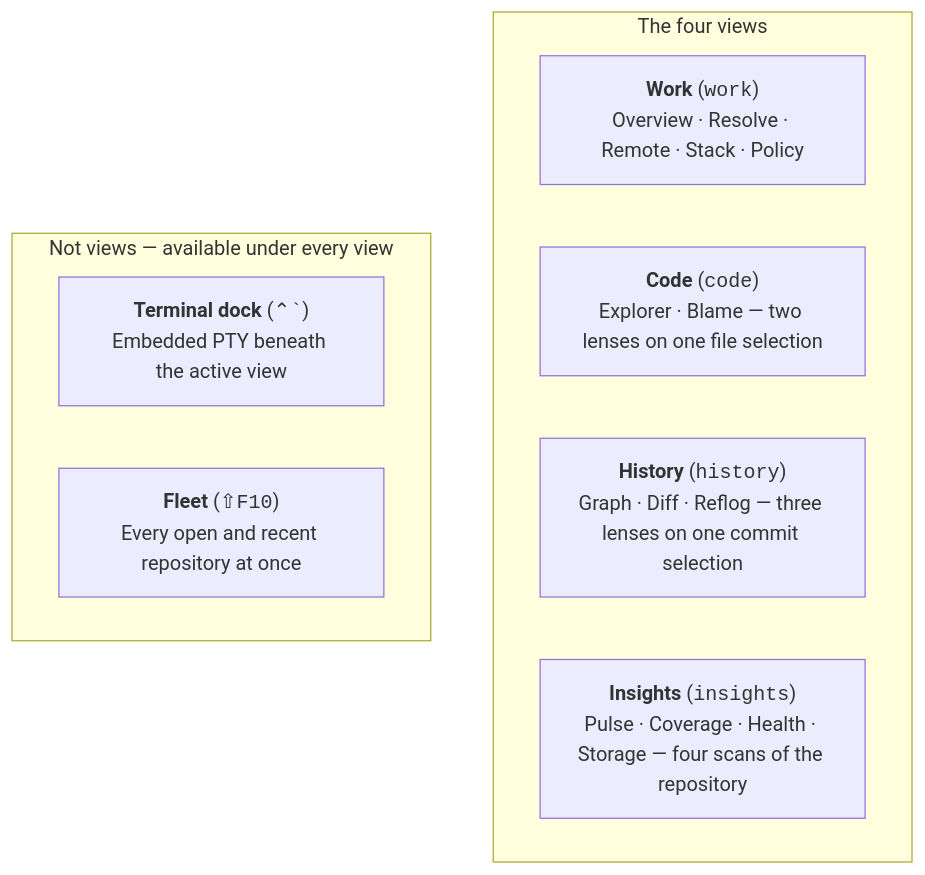
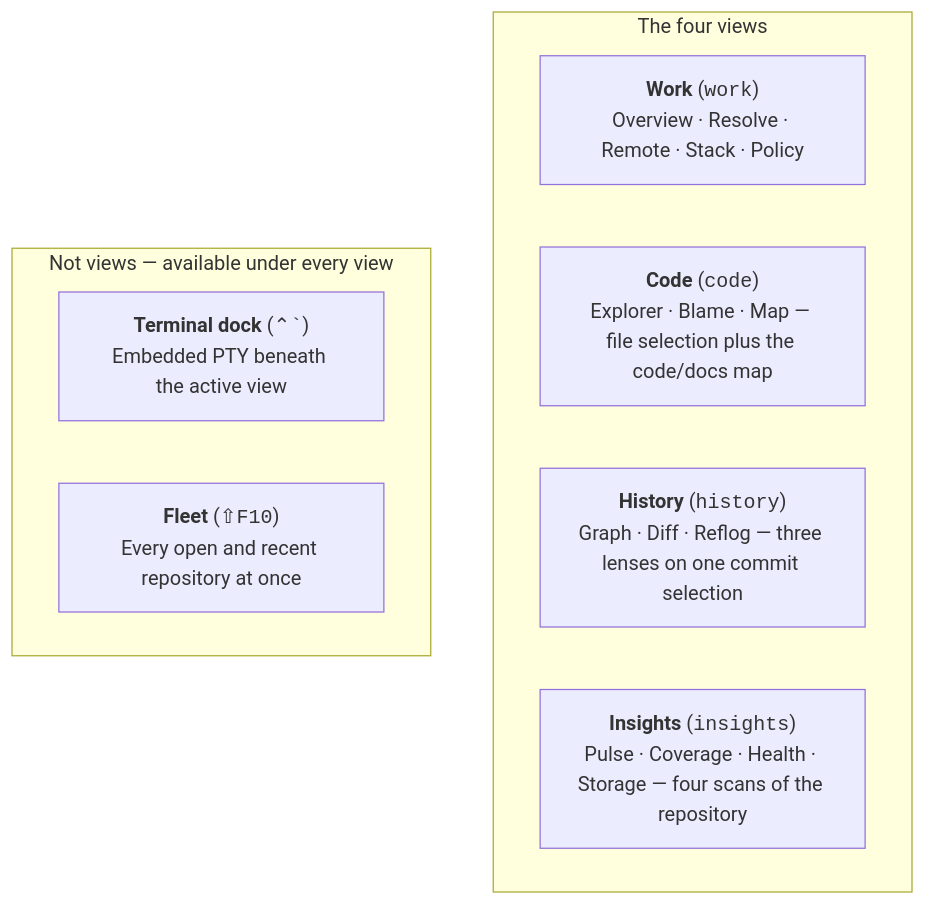
One commit to bharathvbcr/GitPulse changed the first of 2 diagrams in docs/FEATURES.md. Above: the diagram before and after it, drawn with Mermaid. The commit also changed other lines of this file and 388 other files, not shown here.

````diff
--- a/docs/FEATURES.md
+++ b/docs/FEATURES.md
@@ -7,14 +7,14 @@
 ```mermaid
 flowchart TD
     subgraph ViewGroup["The four views"]
         Work["<b>Work</b> (<code>work</code>)<br/>Overview · Resolve · Remote · Stack · Policy"]
-        Code["<b>Code</b> (<code>code</code>)<br/>Explorer · Blame — two lenses on one file selection"]
+        Code["<b>Code</b> (<code>code</code>)<br/>Explorer · Blame · Map — file selection plus the code/docs map"]
         History["<b>History</b> (<code>history</code>)<br/>Graph · Diff · Reflog — three lenses on one commit selection"]
         Insights["<b>Insights</b> (<code>insights</code>)<br/>Pulse · Coverage · Health · Storage — four scans of the repository"]
     end
 
     subgraph NotViews["Not views — available under every view"]
         Terminal["<b>Terminal dock</b> (<code>⌃`</code>)<br/>Embedded PTY beneath the active view"]
         Fleet["<b>Fleet</b> (<code>⇧F10</code>)<br/>Every open and recent repository at once"]
     end
 ```
````
